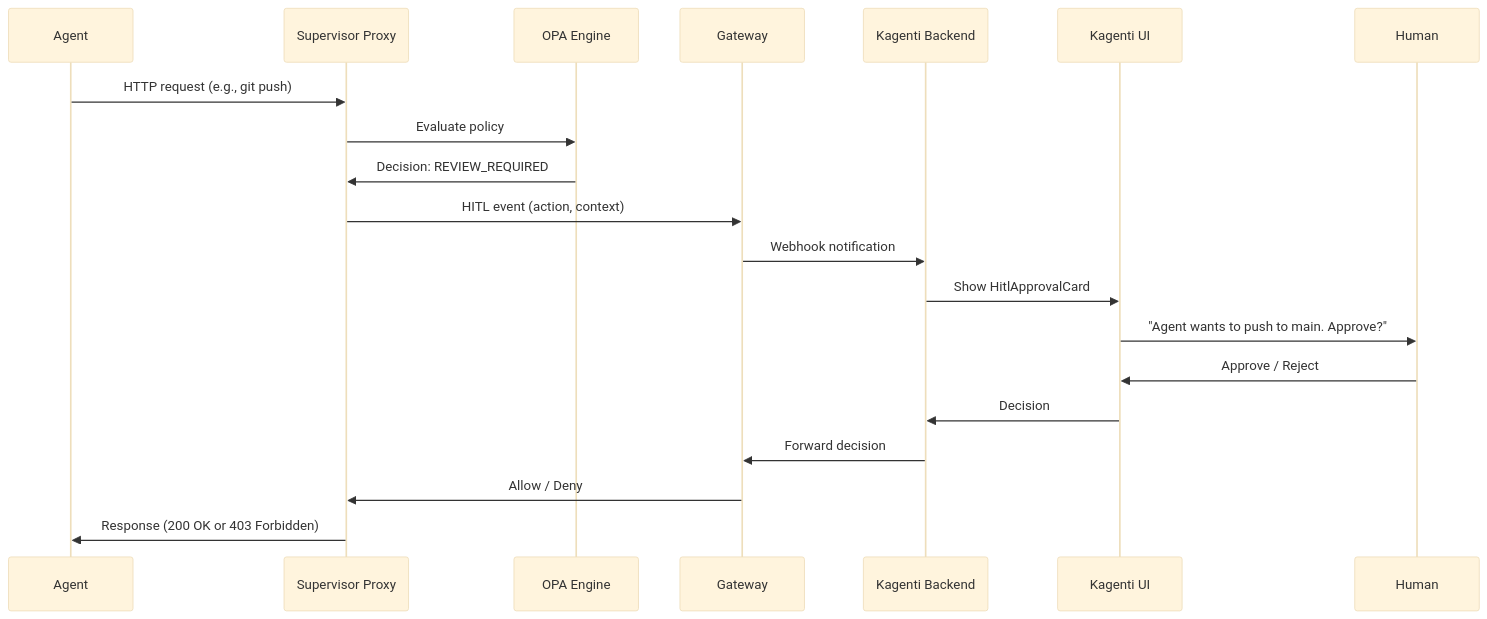
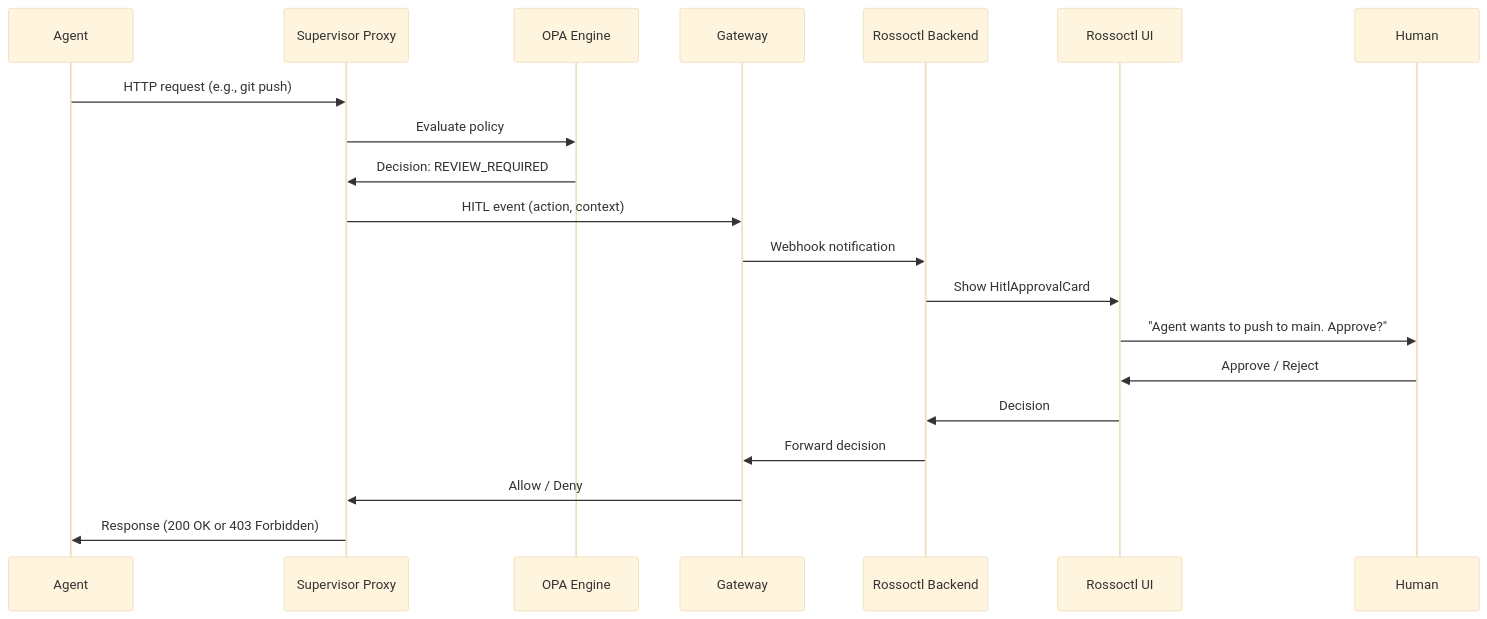
One commit to kagenti/kagenti changed the fourth of 4 diagrams in docs/agentic-runtime/conversation-and-hitl.md. Above: the diagram before and after it, drawn with Mermaid (base theme). The commit also changed other lines of this file and 1316 other files, not shown here.

First line of the commit message:
⚠️ Rename Kagenti → Rossoctl across the flagship repo (→ rossoctl)

````diff
--- a/docs/agentic-runtime/conversation-and-hitl.md
+++ b/docs/agentic-runtime/conversation-and-hitl.md
@@ -159,23 +159,23 @@
 ```mermaid
 sequenceDiagram
     participant Agent as Agent
     participant Proxy as Supervisor Proxy
     participant OPA as OPA Engine
     participant GW as Gateway
-    participant BE as Kagenti Backend
-    participant UI as Kagenti UI
+    participant BE as Rossoctl Backend
+    participant UI as Rossoctl UI
     participant Human as Human
 
     Agent->>Proxy: HTTP request (e.g., git push)
     Proxy->>OPA: Evaluate policy
     OPA->>Proxy: Decision: REVIEW_REQUIRED
     Proxy->>GW: HITL event (action, context)
     GW->>BE: Webhook notification
     BE->>UI: Show HitlApprovalCard
     UI->>Human: "Agent wants to push to main. Approve?"
     Human->>UI: Approve / Reject
     UI->>BE: Decision
     BE->>GW: Forward decision
     GW->>Proxy: Allow / Deny
     Proxy->>Agent: Response (200 OK or 403 Forbidden)
 ```
````
